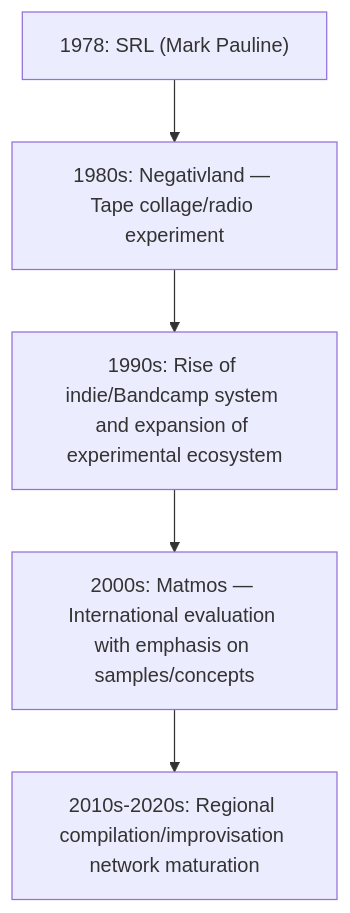
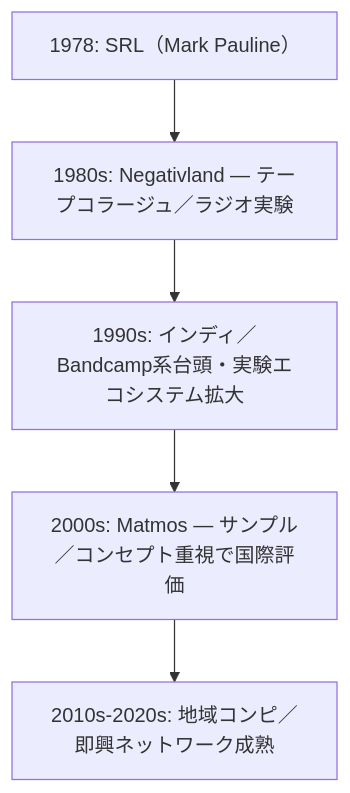
One commit to monumental-movement/monumental-movement.github.io changed the diagram in en/_posts/2025-10-01-Column-Bay-Area-San-Francisco-Noise.md. Above: the diagram before and after it, drawn with Mermaid. The commit also changed other lines of this file and 1701 other files, not shown here.

```diff
--- a/en/_posts/2025-10-01-Column-Bay-Area-San-Francisco-Noise.md
+++ b/en/_posts/2025-10-01-Column-Bay-Area-San-Francisco-Noise.md
@@ -48,7 +43,7 @@
 <div class="mermaid">
 flowchart TD
-A["1978: SRL (Mark Pauline)"] --> B["1980s: Negativland — Tape collage/radio experiment"]
-B --> C["1990s: Rise of indie/Bandcamp system and expansion of experimental ecosystem"]
-C --> D["2000s: Matmos — International evaluation with emphasis on samples/concepts"]
-D --> E["2010s-2020s: Regional compilation/improvisation network maturation"]
+    A["1978: SRL（Mark Pauline）"] --> B["1980s: Negativland — テープコラージュ／ラジオ実験"]
+    B --> C["1990s: インディ／Bandcamp系台頭・実験エコシステム拡大"]
+    C --> D["2000s: Matmos — サンプル／コンセプト重視で国際評価"]
+    D --> E["2010s-2020s: 地域コンピ／即興ネットワーク成熟"]
 </div>
```
